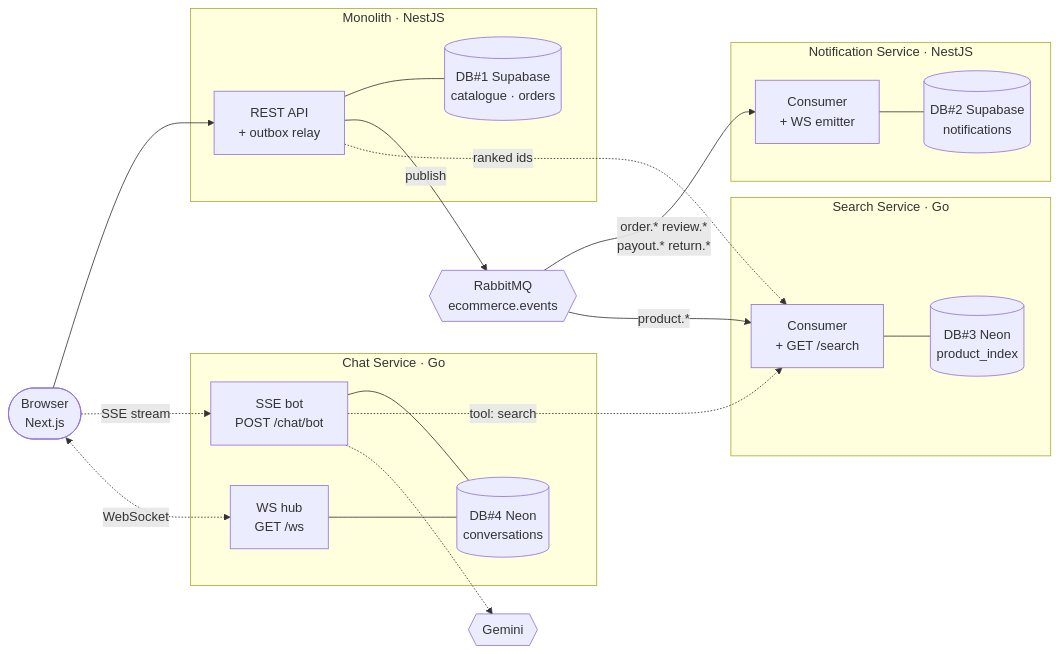
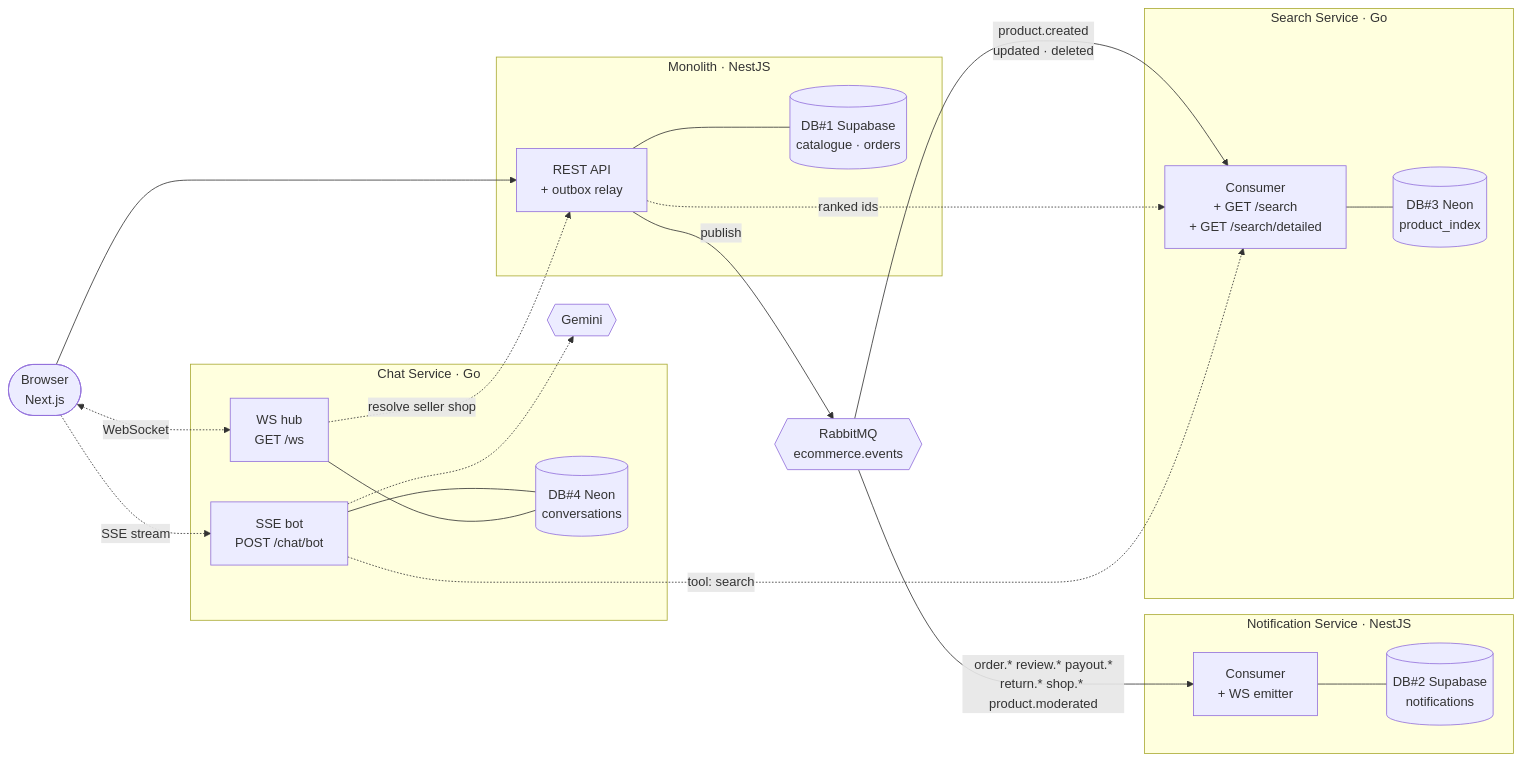
The first of 5 diagrams in README.md (chaugiakhang193/fullstack-multi-vendor-ecommerce), drawn with Mermaid before and after one commit. The commit also changed other lines of this file and 4 other files, not shown here.

````diff
--- a/README.md
+++ b/README.md
@@ -83,44 +83,45 @@
 ```mermaid
 flowchart LR
     CLIENT(["Browser<br/>Next.js"])
 
     subgraph Mono["Monolith · NestJS"]
         API["REST API<br/>+ outbox relay"]
         DB1[("DB#1 Supabase<br/>catalogue · orders")]
     end
 
     MQ{{"RabbitMQ<br/>ecommerce.events"}}
 
     subgraph NSvc["Notification Service · NestJS"]
         NSC["Consumer<br/>+ WS emitter"]
         DB2[("DB#2 Supabase<br/>notifications")]
     end
 
     subgraph SSvc["Search Service · Go"]
-        SC["Consumer<br/>+ GET /search"]
+        SC["Consumer<br/>+ GET /search<br/>+ GET /search/detailed"]
         DB3[("DB#3 Neon<br/>product_index")]
     end
 
     subgraph CSvc["Chat Service · Go"]
         CC["SSE bot<br/>POST /chat/bot"]
         CW["WS hub<br/>GET /ws"]
         DB4[("DB#4 Neon<br/>conversations")]
     end
 
     GEM{{"Gemini"}}
 
     CLIENT --> API
     API --- DB1
     API -->|publish| MQ
-    MQ -->|"order.* review.*<br/>payout.* return.*"| NSC
-    MQ -->|"product.*"| SC
+    MQ -->|"order.* review.* payout.*<br/>return.* shop.* product.moderated"| NSC
+    MQ -->|"product.created<br/>updated · deleted"| SC
     NSC --- DB2
     SC --- DB3
     API -.->|"ranked ids"| SC
     CLIENT -.->|"SSE stream"| CC
     CLIENT <-.->|"WebSocket"| CW
     CC --- DB4
     CW --- DB4
     CC -.->|"tool: search"| SC
+    CW -.->|"resolve seller shop"| API
     CC -.-> GEM
 ```
````
